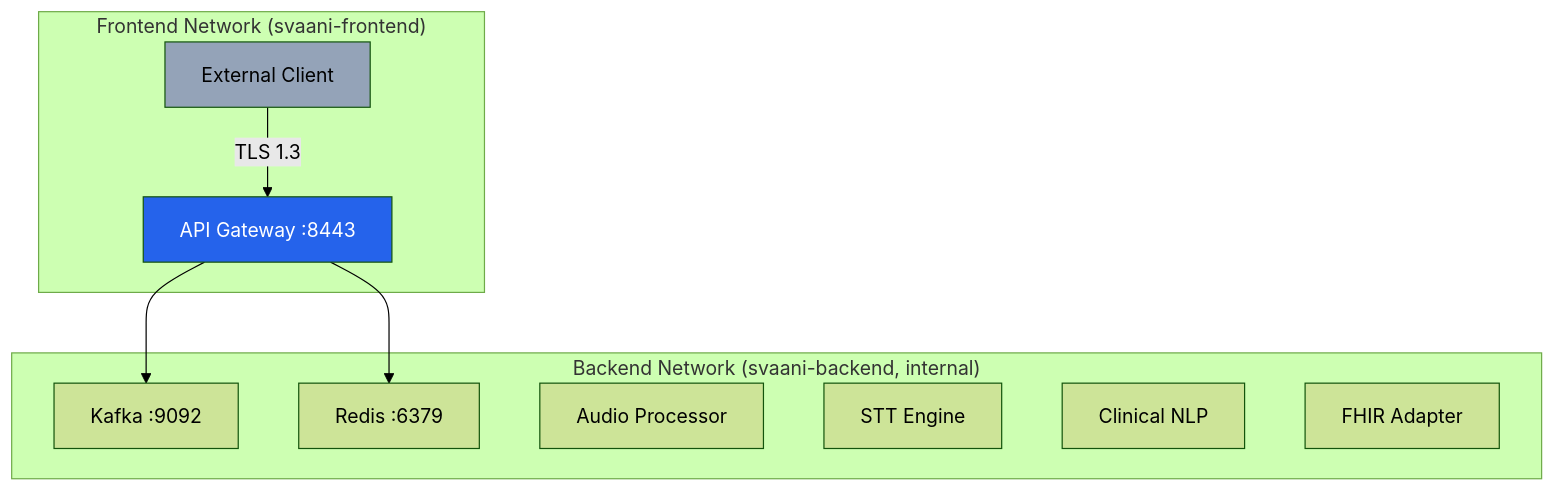
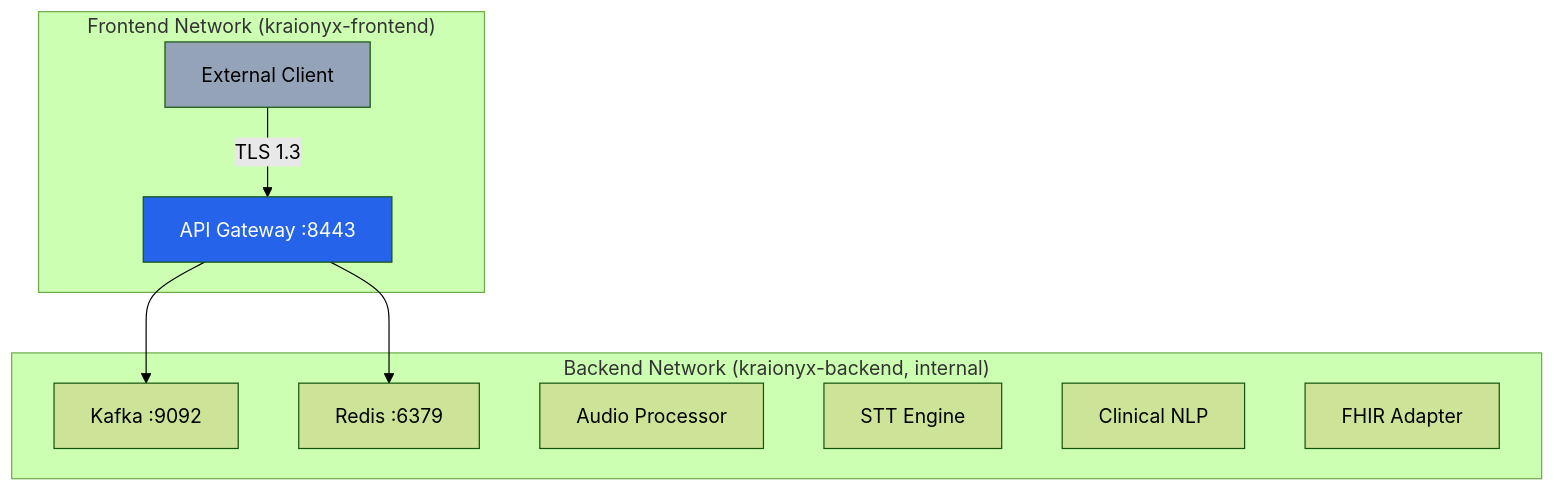
One commit to Nikhiluuuuuuuuu/Kraionyx-Project-001 changed the third of 3 diagrams in docs/security.md. Above: the diagram before and after it, drawn with Mermaid (forest theme). The commit also changed other lines of this file and 5 other files, not shown here.

````diff
--- a/docs/security.md
+++ b/docs/security.md
@@ -316,23 +305,23 @@
 ```mermaid
 graph TB
-    subgraph "Frontend Network (svaani-frontend)"
+    subgraph "Frontend Network (kraionyx-frontend)"
         CLIENT["External Client"]
         GW["API Gateway :8443"]
     end
 
-    subgraph "Backend Network (svaani-backend, internal)"
+    subgraph "Backend Network (kraionyx-backend, internal)"
         KAFKA["Kafka :9092"]
         REDIS["Redis :6379"]
         AP["Audio Processor"]
         STT["STT Engine"]
         NLP["Clinical NLP"]
         FHIR["FHIR Adapter"]
     end
 
     CLIENT -->|TLS 1.3| GW
     GW --> KAFKA
     GW --> REDIS
 
     style CLIENT fill:#94a3b8,color:#000
     style GW fill:#2563eb,color:#fff
 ```
````
